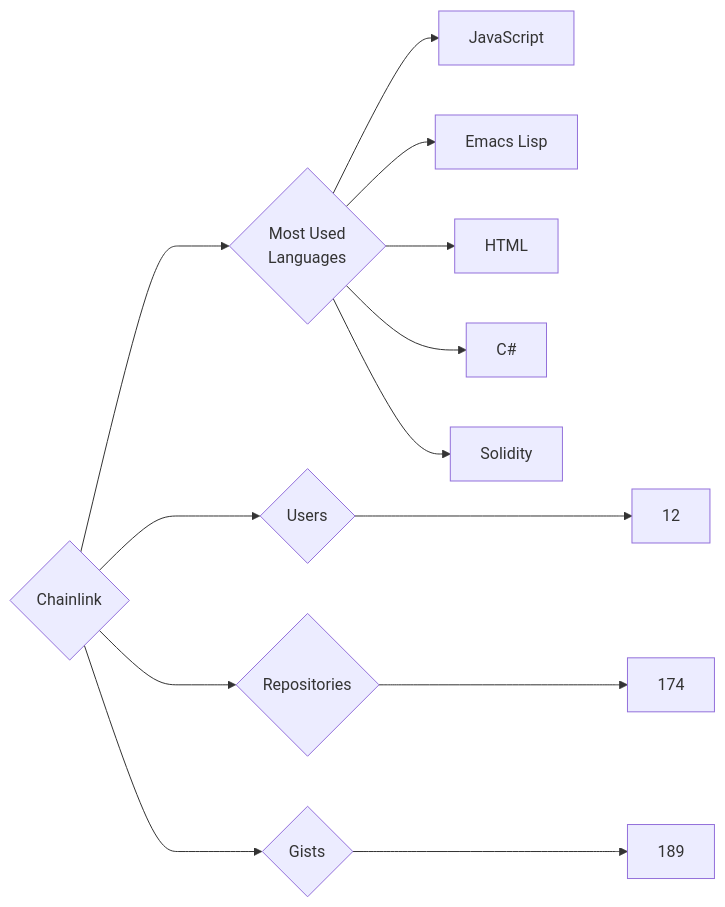
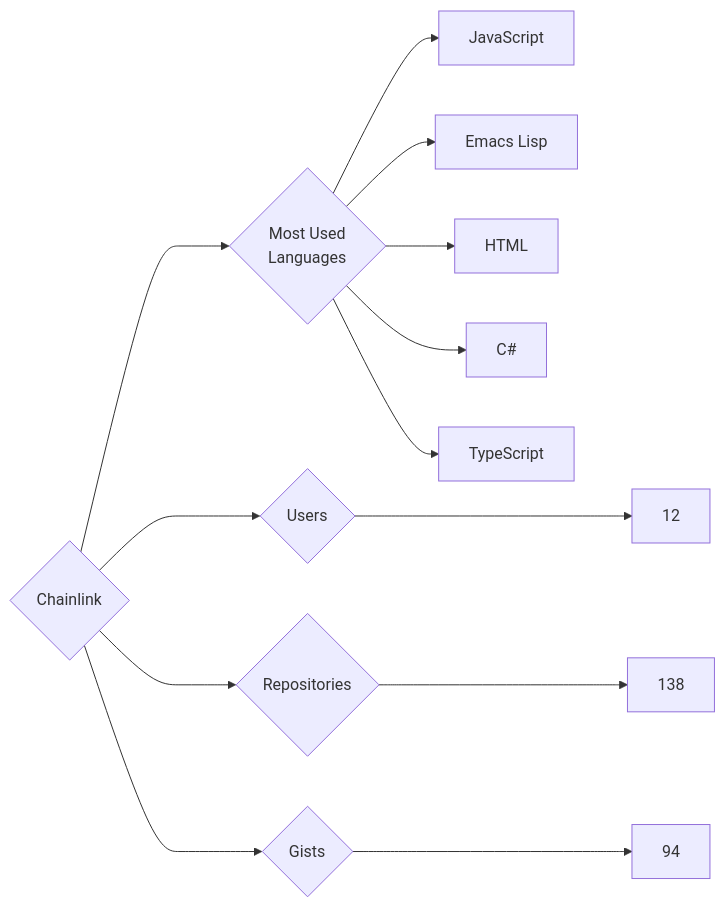
The diagram in targets/Chainlink/README.md (trickest/insiders), drawn with Mermaid before and after one commit. The commit also changed 718 other files, not shown here.

````diff
--- a/targets/Chainlink/README.md
+++ b/targets/Chainlink/README.md
@@ -3,13 +3,13 @@
 ```mermaid
 graph LR
 COMPANY_NAME{Chainlink}
 COMPANY_NAME ---> U{Users} ---> UN[12]
-COMPANY_NAME ---> R{Repositories} ---> RN[174]
-COMPANY_NAME ---> G{Gists} ---> GN[189]
+COMPANY_NAME ---> R{Repositories} ---> RN[138]
+COMPANY_NAME ---> G{Gists} ---> GN[94]
 COMPANY_NAME ---> ML{Most Used<br>Languages}
 ML --> JavaScript[JavaScript]
 ML --> Emacs_Lisp[Emacs Lisp]
 ML --> HTML[HTML]
 ML --> C#[C#]
-ML --> Solidity[Solidity]
+ML --> TypeScript[TypeScript]
 ```
````
